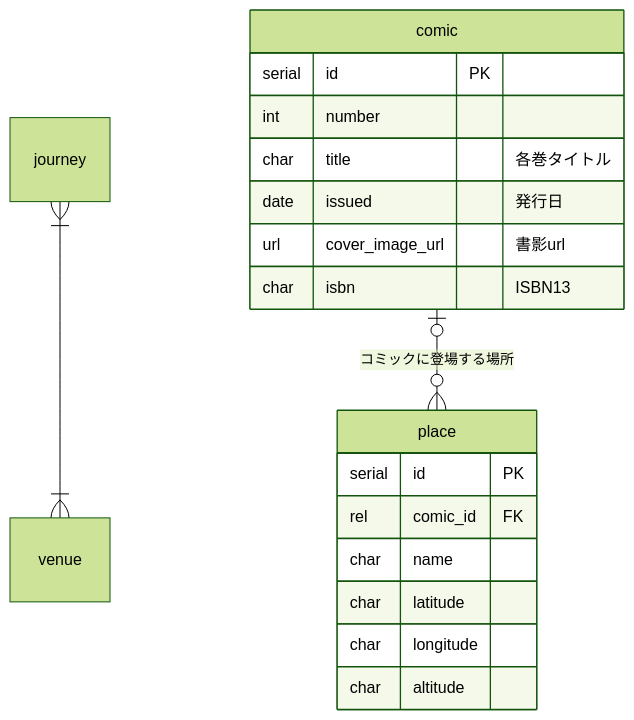
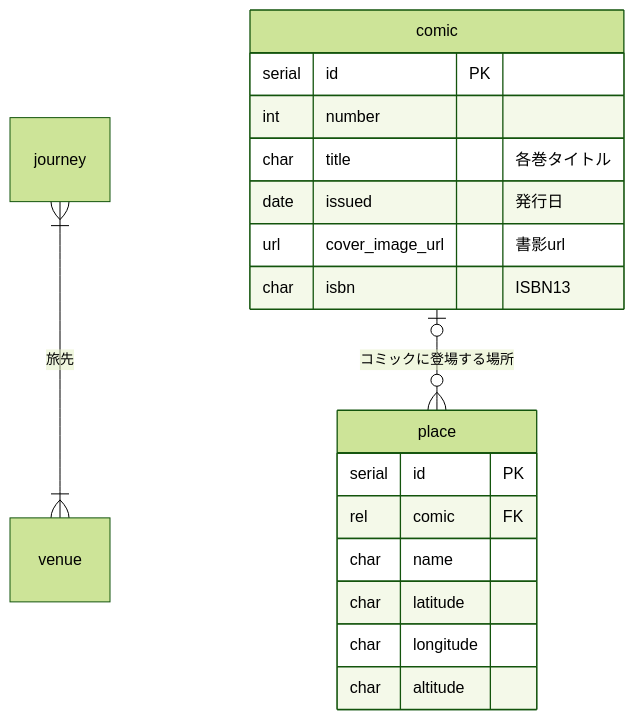
One commit to isnot/mermaid2django changed the diagram in README.md. Above: the diagram before and after it, drawn with Mermaid (forest theme). The commit also changed other lines of this file, not shown here.

````diff
--- a/README.md
+++ b/README.md
@@ -75,30 +75,30 @@
 ```mermaid
 erDiagram
-    journey }|--|{ venue : ""
+    journey }|--|{ venue : "旅先"
     comic |o--o{ place : "コミックに登場する場所"
 
 %% comic コミック単行本 1巻、2巻、…
 comic {
     serial id PK
     %% 第n巻
     int number
     %% 例：ざつ旅-That's Journey- 1
     char title "各巻タイトル"
     %% 巻末の奥付にある、初版発行日
     date issued "発行日"
     %% 版元ドットコムの書誌情報DBより
     url cover_image_url "書影url"
     char isbn "ISBN13"
 }
 
 %% place 場所 例:東京タワー、等
 place {
     serial id PK
     %% comic place コミックに登場する場所
-    rel comic_id FK
+    rel comic FK
     char name
     char latitude
     char longitude
     char altitude
 }
 ```
````
